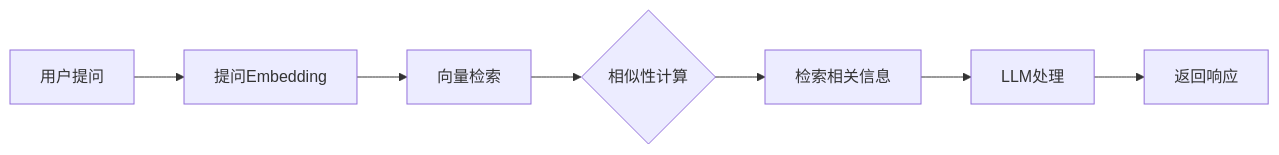
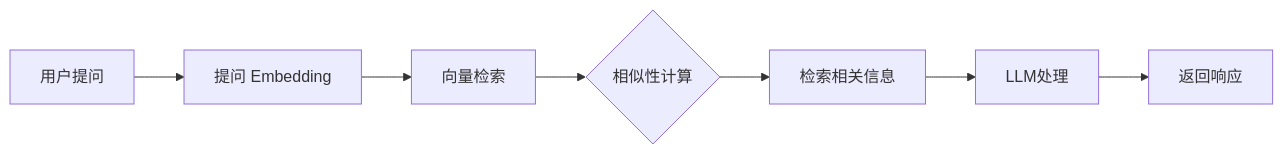
The second of 2 diagrams in slides.md (lumiseven/langflow_demo_20250414), drawn with Mermaid before and after one commit. The commit also changed other lines of this file and 2 other files, not shown here.

````diff
--- a/slides.md
+++ b/slides.md
@@ -187,9 +204,9 @@
 ```mermaid
 graph LR
-    A[用户提问] --> B[提问Embedding]
+    A[用户提问] --> B[提问 Embedding ]
     B --> C[向量检索]
     C --> D{相似性计算}
     D --> E[检索相关信息]
     E --> F[LLM处理]
     F --> G[返回响应]
 ```
````
